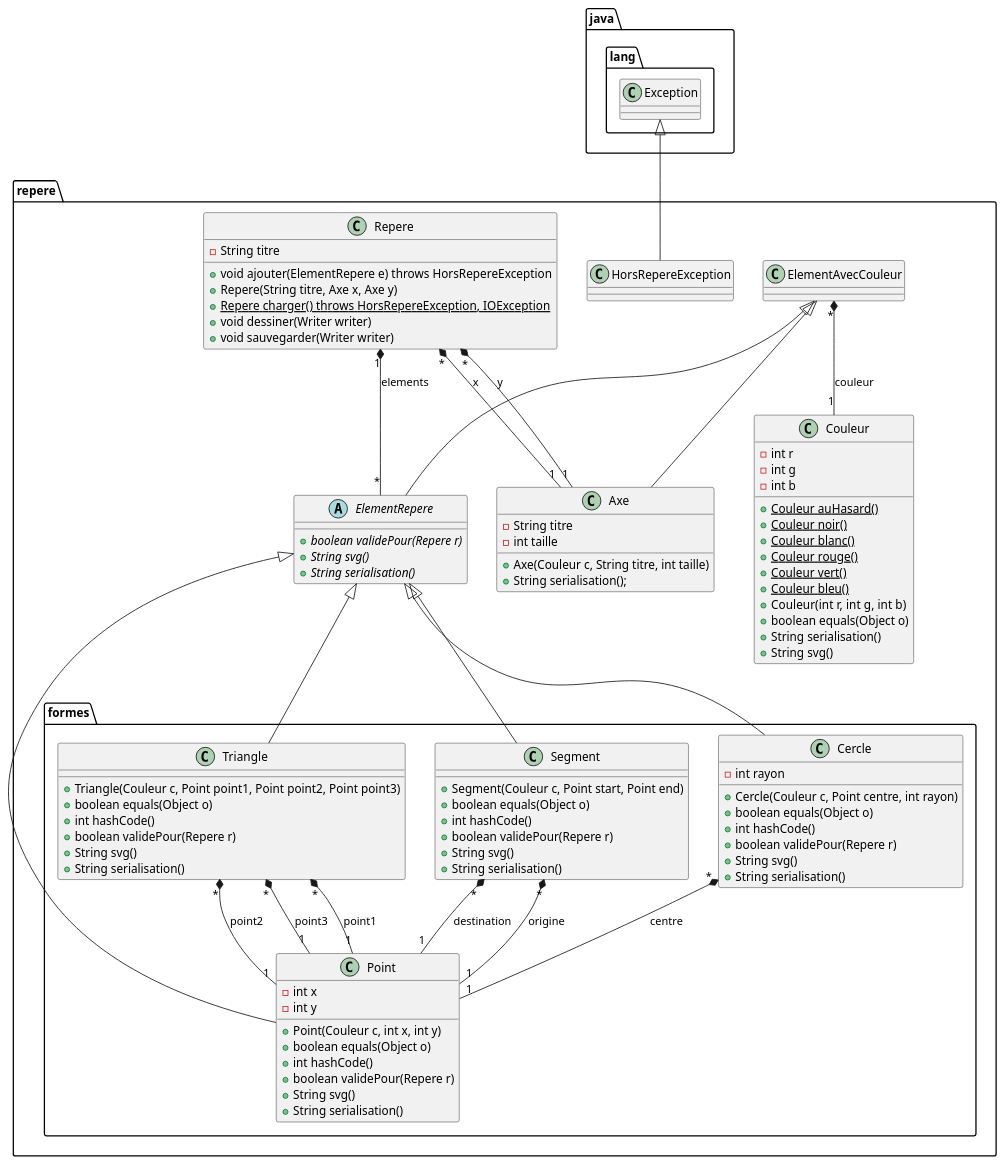
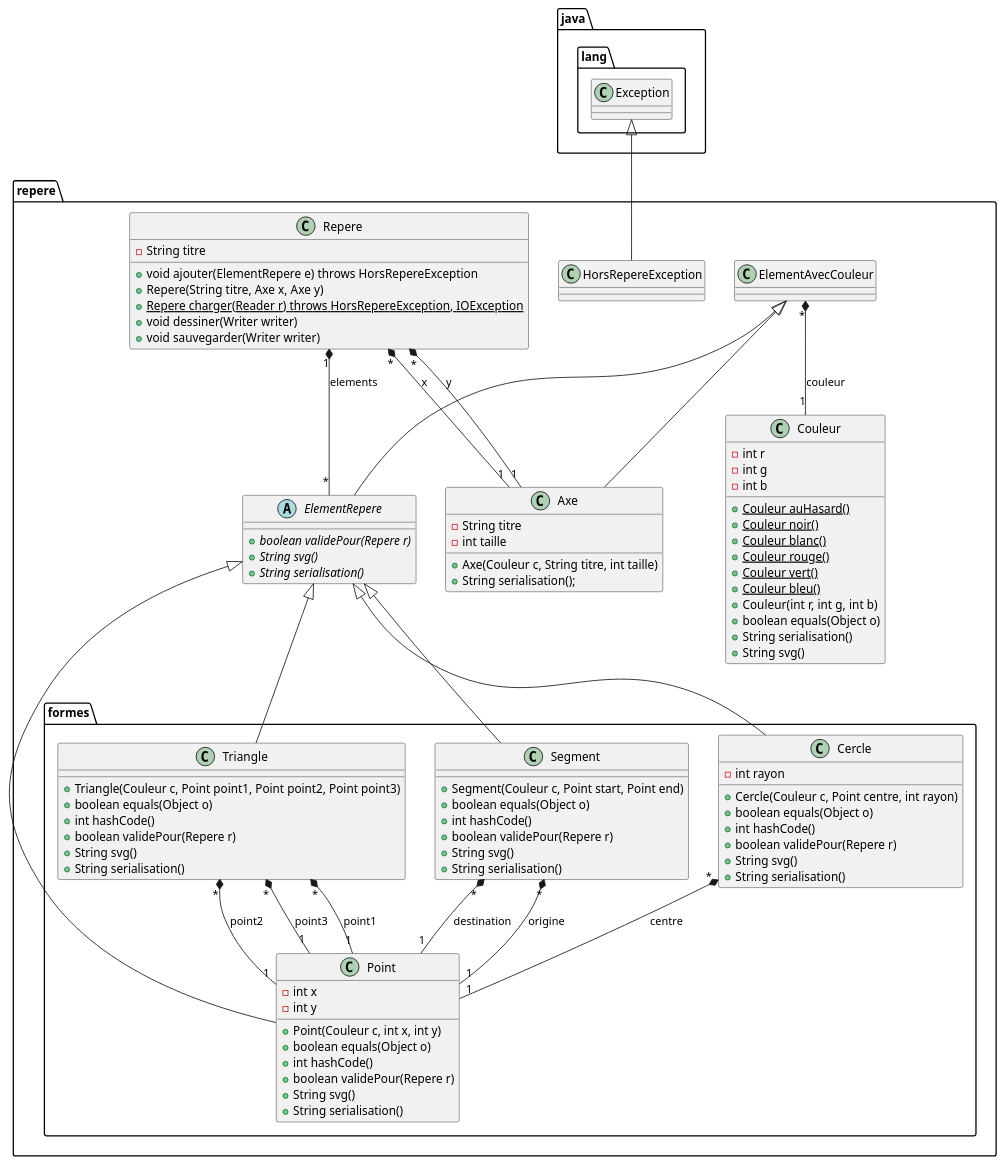
One commit to EnseirbTelecom/pg220-official changed the diagram in tp2/doc/design.puml. Above: the diagram before and after it, drawn with PlantUML. The commit also changed 1 other file, not shown here.

Commit message:
update figure.

```diff
--- a/tp2/doc/design.puml
+++ b/tp2/doc/design.puml
@@ -1,113 +1,113 @@
 @startuml design.png
 package java.lang {
 
 class Exception {
 }
 
 }
 
 package repere {
 
 abstract class ElementRepere {
 + {abstract} boolean validePour(Repere r)
 + {abstract} String svg()
 + {abstract} String serialisation()
 }
 
 ElementAvecCouleur <|-- Axe
 ElementAvecCouleur <|-- ElementRepere
 ElementAvecCouleur "*" *-- "1" Couleur : couleur
 
 class Couleur {
 - int r
 - int g
 - int b
 + {static} Couleur auHasard()
 + {static} Couleur noir()
 + {static} Couleur blanc()
 + {static} Couleur rouge()
 + {static} Couleur vert()
 + {static} Couleur bleu()
 + Couleur(int r, int g, int b)
 + boolean equals(Object o)
 + String serialisation()
 + String svg()
 }
 
 Exception <|-- HorsRepereException
 
 class Axe {
 - String titre
 - int taille
 + Axe(Couleur c, String titre, int taille)
 + String serialisation();
 }
 
 class Repere {
 - String titre
 + void ajouter(ElementRepere e) throws HorsRepereException
 + Repere(String titre, Axe x, Axe y)
-+ {static} Repere charger() throws HorsRepereException, IOException
++ {static} Repere charger(Reader r) throws HorsRepereException, IOException
 + void dessiner(Writer writer)
 + void sauvegarder(Writer writer)
 }
 
 Repere "*" *-- "1" Axe : x
 Repere "*" *-- "1" Axe : y
 Repere "1" *-- "*" ElementRepere : elements
 
 }
 
 package repere.formes {
 
 ElementRepere <|-- Segment
 Segment "*" *-- "1" Point : origine
 Segment "*" *-- "1" Point : destination
 class Segment {
 + Segment(Couleur c, Point start, Point end)
 + boolean equals(Object o)
 + int hashCode()
 + boolean validePour(Repere r)
 + String svg()
 + String serialisation()
 }
 
 ElementRepere <|-- Point
 class Point {
 - int x
 - int y
 + Point(Couleur c, int x, int y)
 + boolean equals(Object o)
 + int hashCode()
 + boolean validePour(Repere r)
 + String svg()
 + String serialisation()
 }
 
 ElementRepere <|-- Cercle
 Cercle "*" *-- "1" Point : centre
 class Cercle {
 - int rayon
 + Cercle(Couleur c, Point centre, int rayon)
 + boolean equals(Object o)
 + int hashCode()
 + boolean validePour(Repere r)
 + String svg()
 + String serialisation()
 }
 
 ElementRepere <|-- Triangle
 Triangle "*" *-- "1" Point : point1
 Triangle "*" *-- "1" Point : point2
 Triangle "*" *-- "1" Point : point3
 class Triangle {
 + Triangle(Couleur c, Point point1, Point point2, Point point3)
 + boolean equals(Object o)
 + int hashCode()
 + boolean validePour(Repere r)
 + String svg()
 + String serialisation()
 }
 
 }
 @enduml
```
